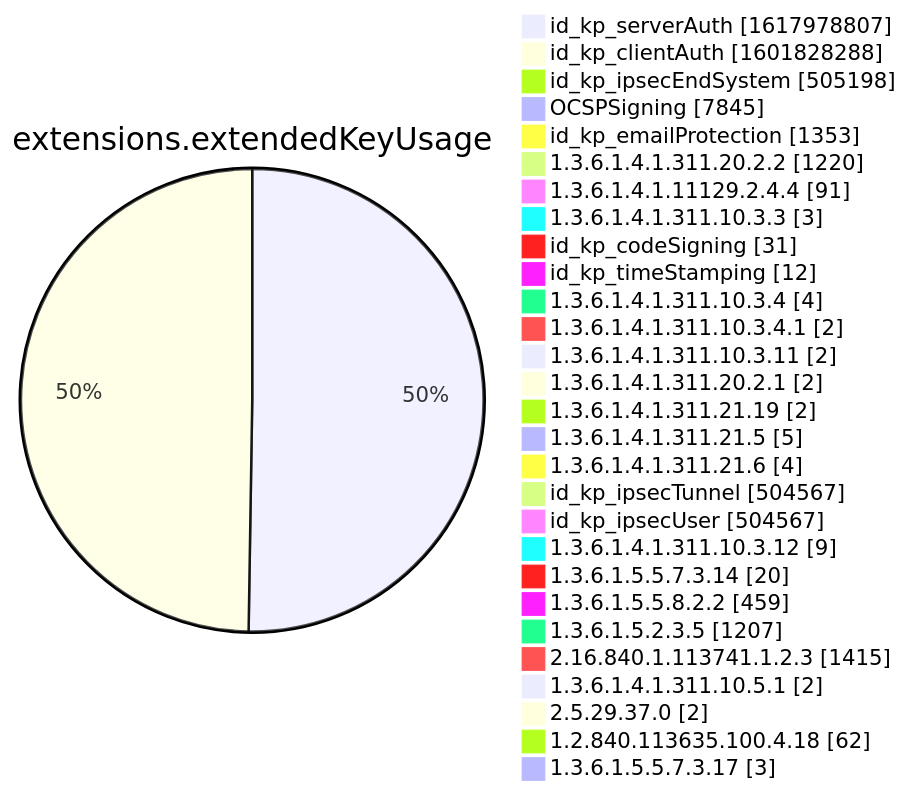
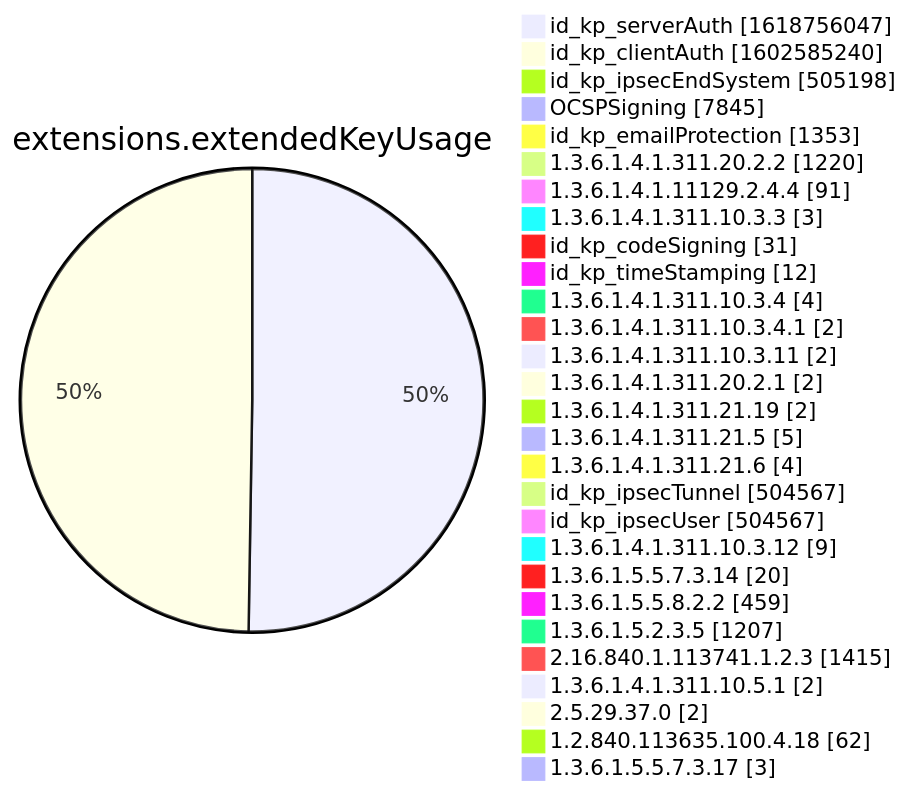
Diagram 12 of 15 in xenon2022/README.md (christiankrug/ctmonitor_visualization), drawn with Mermaid before and after one commit. The commit also changed other lines of this file, not shown here.

````diff
--- a/xenon2022/README.md
+++ b/xenon2022/README.md
@@ -3885,32 +3885,32 @@
 ```mermaid
 pie showData
 title extensions.extendedKeyUsage
-"id_kp_serverAuth" :1617978807
-"id_kp_clientAuth" :1601828288
+"id_kp_serverAuth" :1618756047
+"id_kp_clientAuth" :1602585240
 "id_kp_ipsecEndSystem" :505198
 "OCSPSigning" :7845
 "id_kp_emailProtection" :1353
 "1.3.6.1.4.1.311.20.2.2" :1220
 "1.3.6.1.4.1.11129.2.4.4" :91
 "1.3.6.1.4.1.311.10.3.3" :3
 "id_kp_codeSigning" :31
 "id_kp_timeStamping" :12
 "1.3.6.1.4.1.311.10.3.4" :4
 "1.3.6.1.4.1.311.10.3.4.1" :2
 "1.3.6.1.4.1.311.10.3.11" :2
 "1.3.6.1.4.1.311.20.2.1" :2
 "1.3.6.1.4.1.311.21.19" :2
 "1.3.6.1.4.1.311.21.5" :5
 "1.3.6.1.4.1.311.21.6" :4
 "id_kp_ipsecTunnel" :504567
 "id_kp_ipsecUser" :504567
 "1.3.6.1.4.1.311.10.3.12" :9
 "1.3.6.1.5.5.7.3.14" :20
 "1.3.6.1.5.5.8.2.2" :459
 "1.3.6.1.5.2.3.5" :1207
 "2.16.840.1.113741.1.2.3" :1415
 "1.3.6.1.4.1.311.10.5.1" :2
 "2.5.29.37.0" :2
 "1.2.840.113635.100.4.18" :62
 "1.3.6.1.5.5.7.3.17" :3
 ```
````
